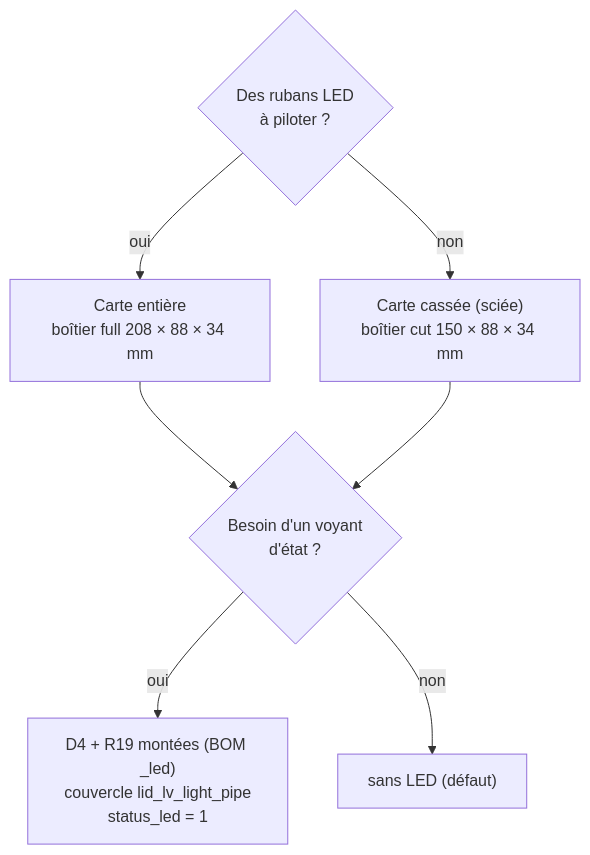
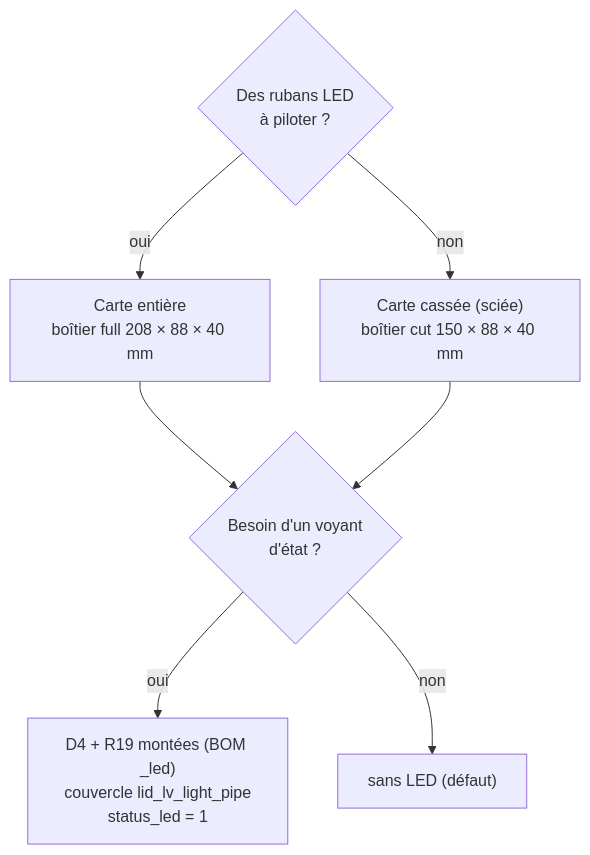
Before and after one commit to feraudet/dmxnow: the diagram in docs/diagrams/materiel.mmd, drawn with Mermaid. The commit also changed 32 other files, not shown here.

```diff
--- a/docs/diagrams/materiel.mmd
+++ b/docs/diagrams/materiel.mmd
@@ -1,7 +1,7 @@
 %%{init: {'theme': 'base', 'themeVariables': {'fontFamily': 'Arial', 'fontSize': '16px', 'primaryColor': '#2C3E50', 'primaryTextColor': '#FFFFFF', 'primaryBorderColor': '#1A252F', 'lineColor': '#3498DB', 'secondaryColor': '#3498DB', 'tertiaryColor': '#1ABC9C', 'textColor': '#2C3E50', 'titleColor': '#2C3E50', 'clusterBkg': '#EAF2F8', 'clusterBorder': '#95A5A6', 'edgeLabelBackground': '#3498DB', 'noteBkgColor': '#EAF2F8', 'noteTextColor': '#2C3E50', 'actorBkg': '#2C3E50', 'actorTextColor': '#FFFFFF', 'signalColor': '#2C3E50', 'signalTextColor': '#2C3E50', 'labelBoxBkgColor': '#3498DB', 'labelTextColor': '#FFFFFF', 'loopTextColor': '#2C3E50', 'stateLabelColor': '#FFFFFF', 'transitionLabelColor': '#FFFFFF'}, 'flowchart': {'rankSpacing': 35, 'nodeSpacing': 35, 'padding': 10, 'subGraphTitleMargin': {'top': 8, 'bottom': 16}}}%%
 flowchart TD
-    Q1{"Des rubans LED<br/>à piloter ?"} -- oui --> E["Carte entière<br/>boîtier full 208 × 88 × 34 mm"]
-    Q1 -- non --> C["Carte cassée (sciée)<br/>boîtier cut 150 × 88 × 34 mm"]
+    Q1{"Des rubans LED<br/>à piloter ?"} -- oui --> E["Carte entière<br/>boîtier full 208 × 88 × 40 mm"]
+    Q1 -- non --> C["Carte cassée (sciée)<br/>boîtier cut 150 × 88 × 40 mm"]
     E & C --> Q2{"Besoin d'un voyant<br/>d'état ?"}
     Q2 -- oui --> L["D4 + R19 montées (BOM _led)<br/>couvercle lid_lv_light_pipe<br/>status_led = 1"]
     Q2 -- non --> N["sans LED (défaut)"]
```
